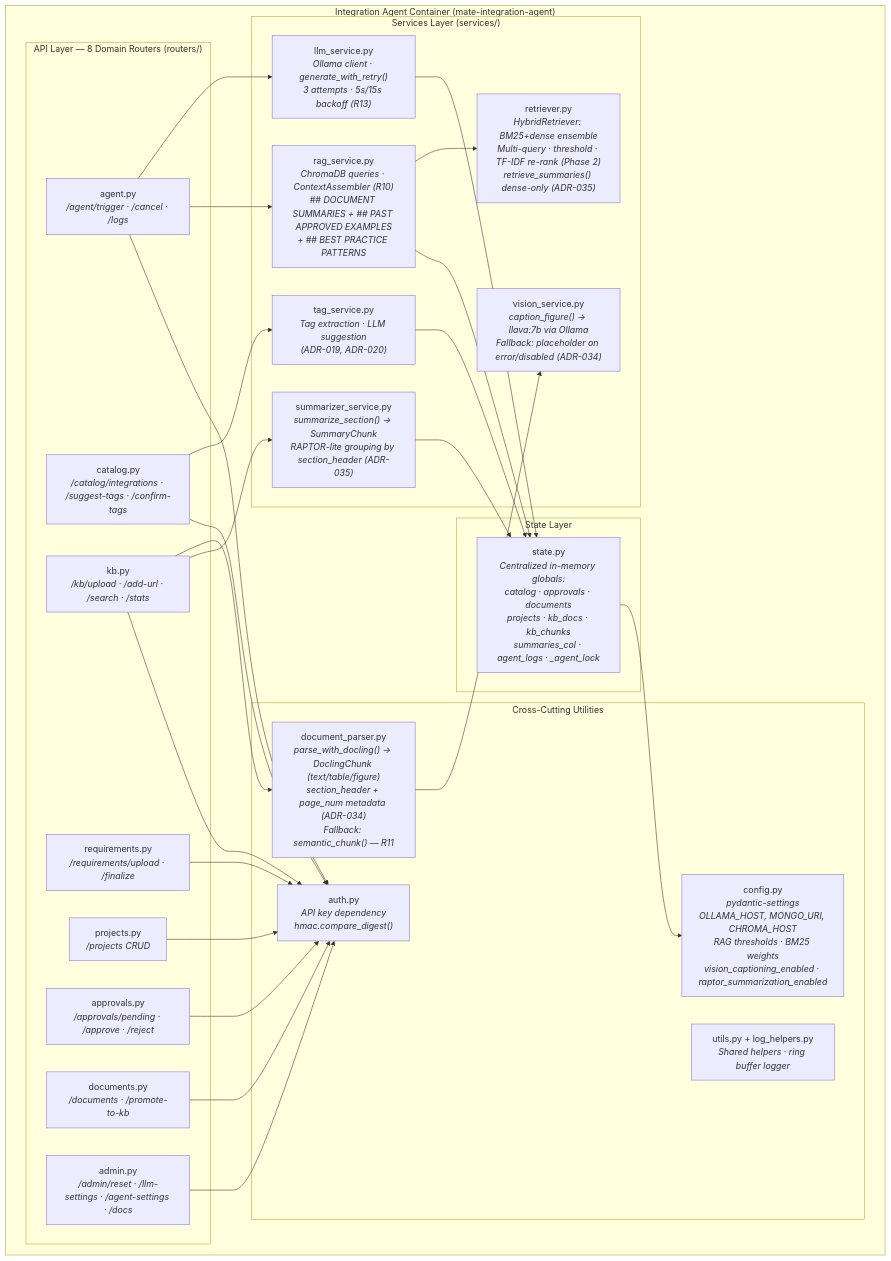
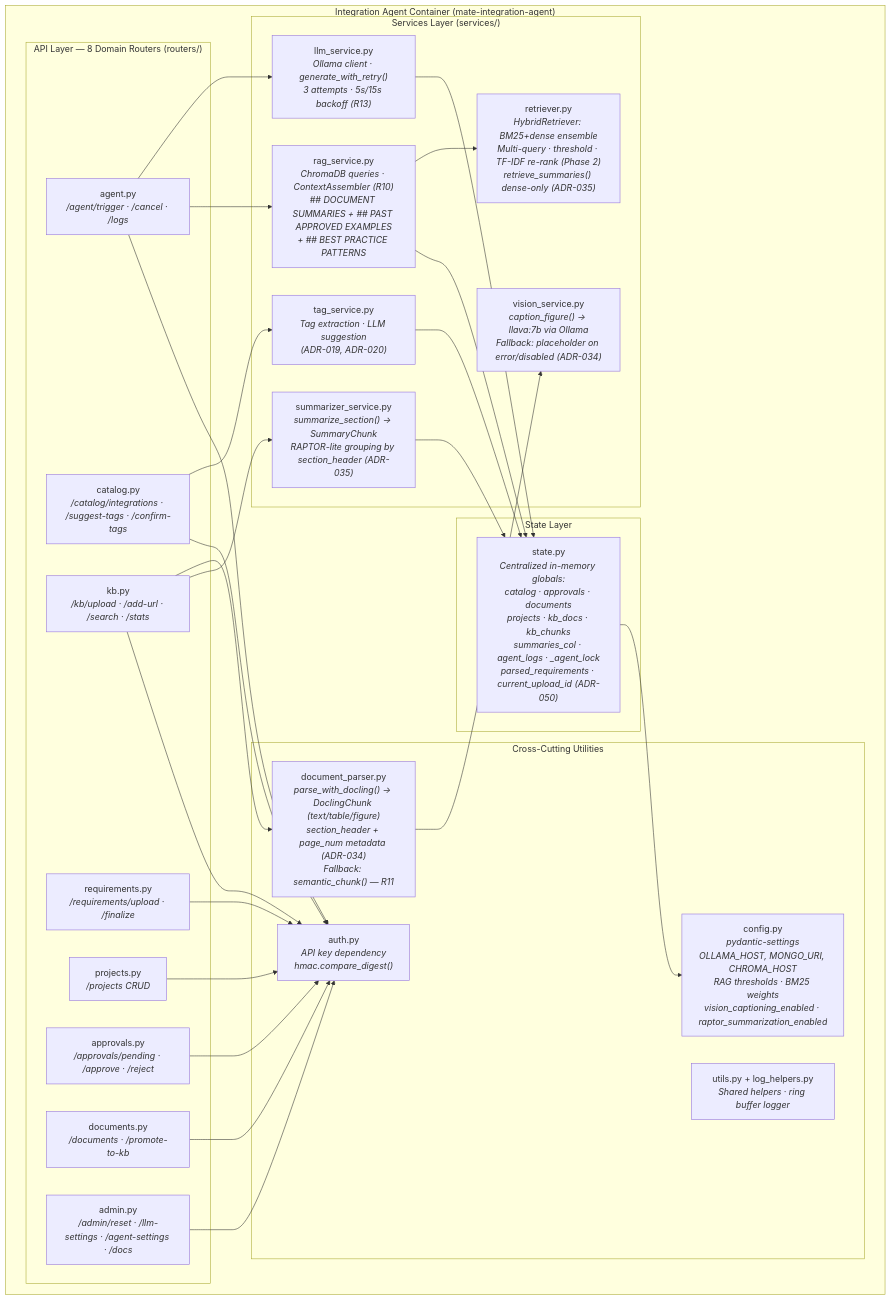
The third of 23 diagrams in docs/architecture_specification.md (emigritti/mate-poc), drawn with Mermaid before and after one commit. The commit also changed other lines of this file and 23 other files, not shown here.

````diff
--- a/docs/architecture_specification.md
+++ b/docs/architecture_specification.md
@@ -226,48 +226,48 @@
 ```mermaid
 graph TB
     subgraph agent_container["Integration Agent Container (mate-integration-agent)"]
 
         subgraph api_layer["API Layer — 8 Domain Routers (routers/)"]
             r_agent["agent.py<br/><i>/agent/trigger · /cancel · /logs</i>"]
             r_req["requirements.py<br/><i>/requirements/upload · /finalize</i>"]
             r_proj["projects.py<br/><i>/projects CRUD</i>"]
             r_cat["catalog.py<br/><i>/catalog/integrations · /suggest-tags · /confirm-tags</i>"]
             r_appr["approvals.py<br/><i>/approvals/pending · /approve · /reject</i>"]
             r_docs["documents.py<br/><i>/documents · /promote-to-kb</i>"]
             r_kb["kb.py<br/><i>/kb/upload · /add-url · /search · /stats</i>"]
             r_admin["admin.py<br/><i>/admin/reset · /llm-settings · /agent-settings · /docs</i>"]
         end
 
         subgraph svc_layer["Services Layer (services/)"]
             llm_svc["llm_service.py<br/><i>Ollama client · generate_with_retry()<br/>3 attempts · 5s/15s backoff (R13)</i>"]
             rag_svc["rag_service.py<br/><i>ChromaDB queries · ContextAssembler (R10)<br/>## DOCUMENT SUMMARIES + ## PAST APPROVED EXAMPLES<br/>+ ## BEST PRACTICE PATTERNS</i>"]
             tag_svc["tag_service.py<br/><i>Tag extraction · LLM suggestion<br/>(ADR-019, ADR-020)</i>"]
             retriever["retriever.py<br/><i>HybridRetriever: BM25+dense ensemble<br/>Multi-query · threshold · TF-IDF re-rank (Phase 2)<br/>retrieve_summaries() dense-only (ADR-035)</i>"]
             vision_svc["vision_service.py<br/><i>caption_figure() → llava:7b via Ollama<br/>Fallback: placeholder on error/disabled (ADR-034)</i>"]
             summarizer_svc["summarizer_service.py<br/><i>summarize_section() → SummaryChunk<br/>RAPTOR-lite grouping by section_header (ADR-035)</i>"]
         end
 
         subgraph state_layer["State Layer"]
-            state["state.py<br/><i>Centralized in-memory globals:<br/>catalog · approvals · documents<br/>projects · kb_docs · kb_chunks<br/>summaries_col · agent_logs · _agent_lock</i>"]
+            state["state.py<br/><i>Centralized in-memory globals:<br/>catalog · approvals · documents<br/>projects · kb_docs · kb_chunks<br/>summaries_col · agent_logs · _agent_lock<br/>parsed_requirements · current_upload_id (ADR-050)</i>"]
         end
 
         subgraph cross_cut["Cross-Cutting Utilities"]
             auth["auth.py<br/><i>API key dependency<br/>hmac.compare_digest()</i>"]
             config["config.py<br/><i>pydantic-settings<br/>OLLAMA_HOST, MONGO_URI, CHROMA_HOST<br/>RAG thresholds · BM25 weights<br/>vision_captioning_enabled · raptor_summarization_enabled</i>"]
             utils["utils.py + log_helpers.py<br/><i>Shared helpers · ring buffer logger</i>"]
             doc_parser["document_parser.py<br/><i>parse_with_docling() → DoclingChunk (text/table/figure)<br/>section_header + page_num metadata (ADR-034)<br/>Fallback: semantic_chunk() — R11</i>"]
         end
 
     end
 
     r_agent --> llm_svc
     r_agent --> rag_svc
     rag_svc --> retriever
     r_cat --> tag_svc
     r_kb --> doc_parser
     r_kb --> summarizer_svc
     doc_parser --> vision_svc
     llm_svc & rag_svc & tag_svc & summarizer_svc --> state
     r_agent & r_req & r_proj & r_cat & r_appr & r_docs & r_kb & r_admin --> auth
     state --> config
 ```
````
